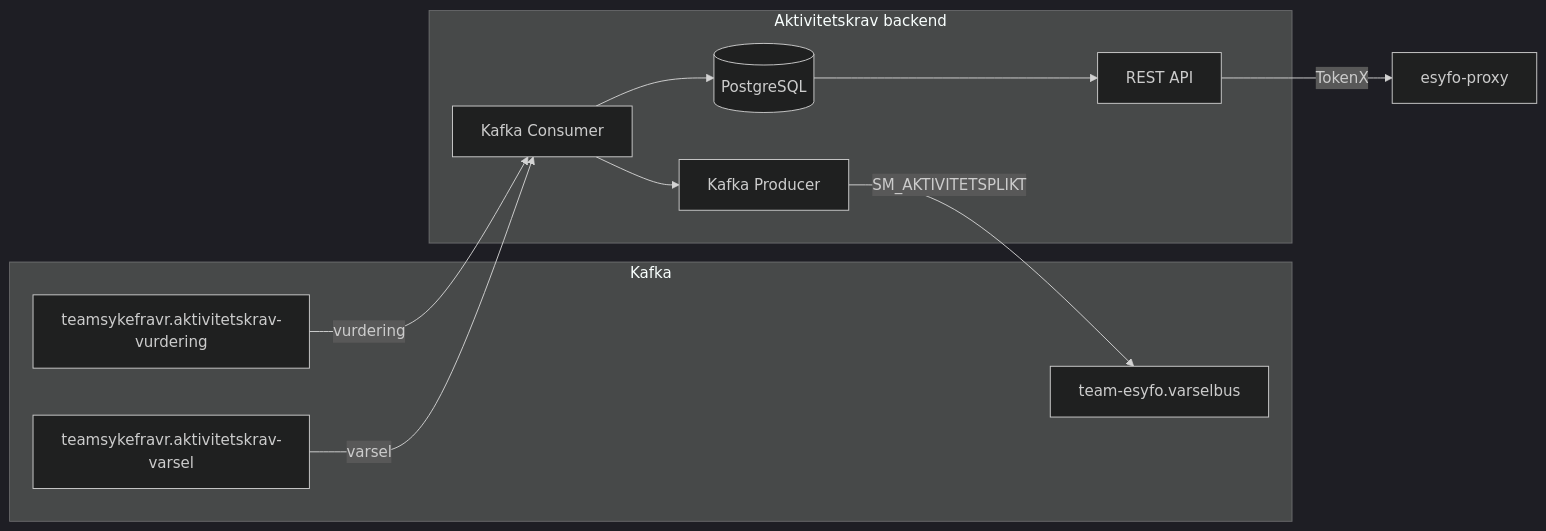
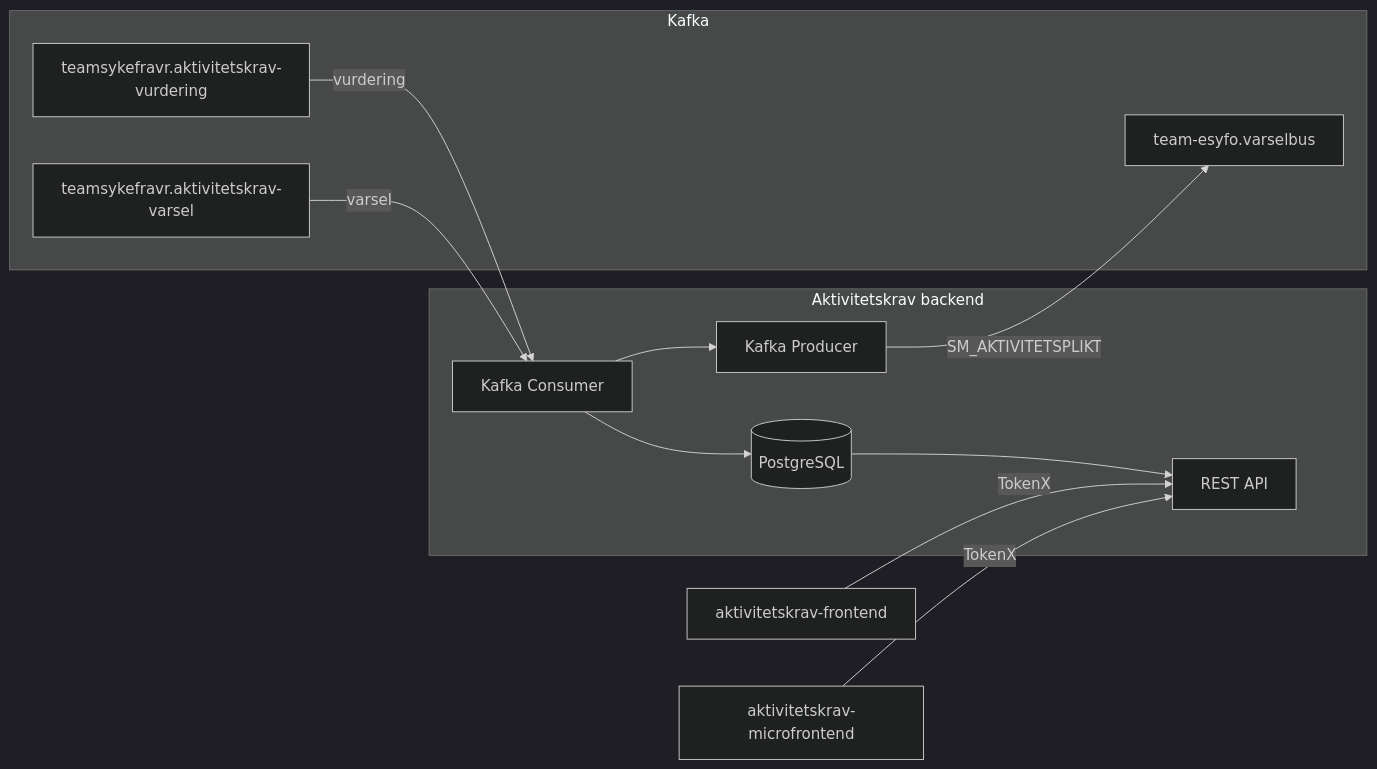
One commit to navikt/aktivitetskrav-backend changed the diagram in README.md. Above: the diagram before and after it, drawn with Mermaid (dark theme). The commit also changed other lines of this file and 5 other files, not shown here.

First line of the commit message:
refactor(auth): remove esyfo-proxy dependency (#201)

````diff
--- a/README.md
+++ b/README.md
@@ -20,25 +20,27 @@
 ```mermaid
 flowchart LR
     subgraph Kafka
         A["teamsykefravr.aktivitetskrav-vurdering"]
         B["teamsykefravr.aktivitetskrav-varsel"]
         C["team-esyfo.varselbus"]
     end
 
     subgraph "Aktivitetskrav backend"
         D[Kafka Consumer]
         E[(PostgreSQL)]
         F[REST API]
         G[Kafka Producer]
     end
 
-    H[esyfo-proxy]
+    H[aktivitetskrav-frontend]
+    I[aktivitetskrav-microfrontend]
 
     A -->|vurdering| D
     B -->|varsel| D
     D --> E
     E --> F
-    F -->|TokenX| H
+    H -->|TokenX| F
+    I -->|TokenX| F
     D --> G
     G -->|SM_AKTIVITETSPLIKT| C
 ```
````
